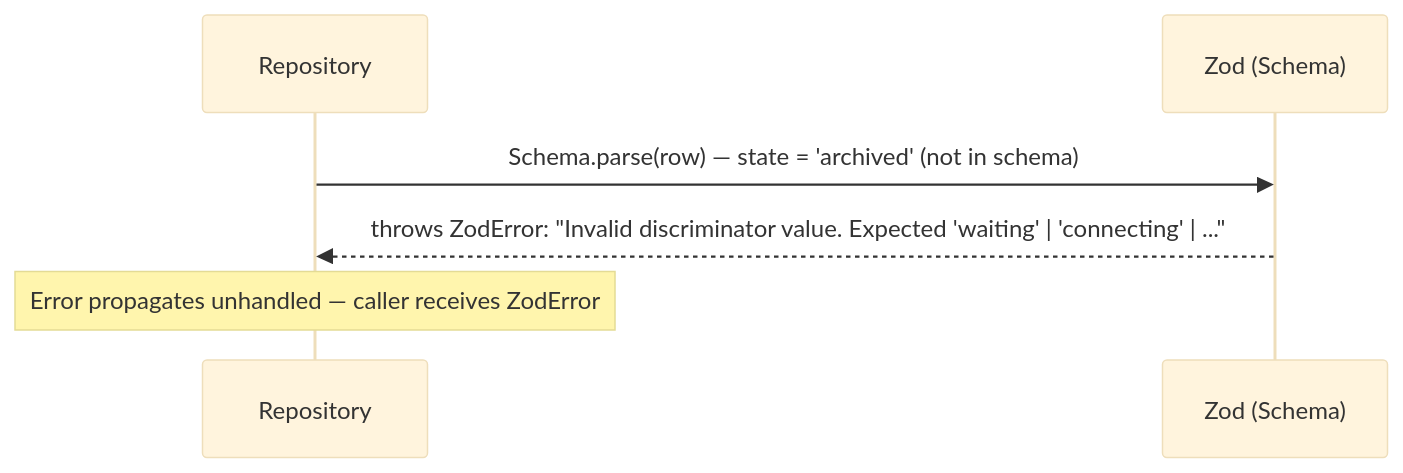
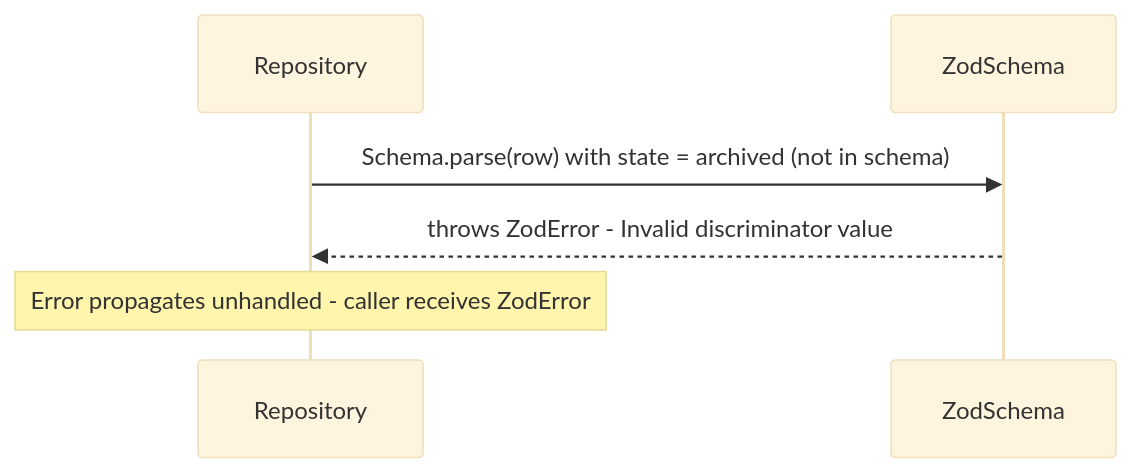
Before and after one commit to phonetastic-eng/phonetastic-server: the second of 6 diagrams in docs/zod-domain-types-design.md, drawn with Mermaid (base theme). The commit also changed other lines of this file and 1 other file, not shown here.

First line of the commit message:
Fix broken Mermaid diagrams in design docs

````diff
--- a/docs/zod-domain-types-design.md
+++ b/docs/zod-domain-types-design.md
@@ -53,9 +53,9 @@
 ```mermaid
 sequenceDiagram
     participant R as Repository
-    participant Z as Zod (Schema)
+    participant Z as ZodSchema
 
-    R->>Z: Schema.parse(row) — state = 'archived' (not in schema)
-    Z-->>R: throws ZodError: "Invalid discriminator value. Expected 'waiting' | 'connecting' | ..."
-    note over R: Error propagates unhandled — caller receives ZodError
+    R->>Z: Schema.parse(row) with state = archived (not in schema)
+    Z-->>R: throws ZodError - Invalid discriminator value
+    note over R: Error propagates unhandled - caller receives ZodError
 ```
````
